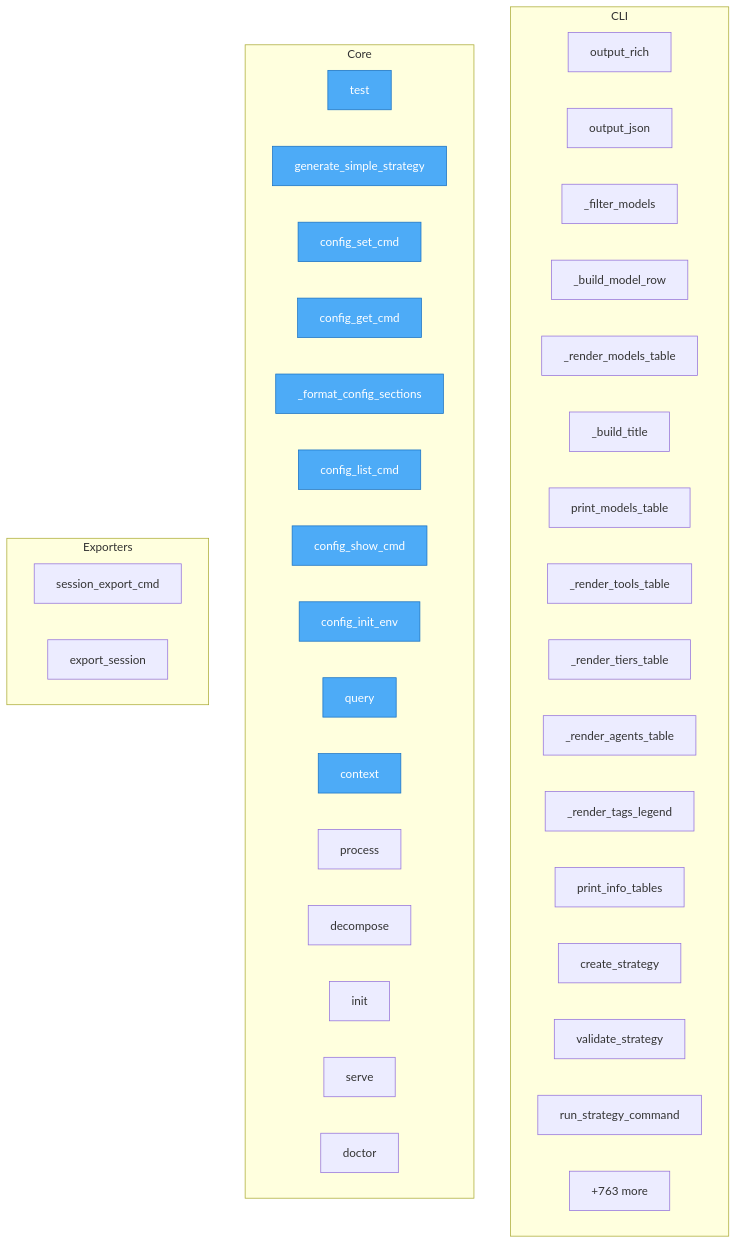
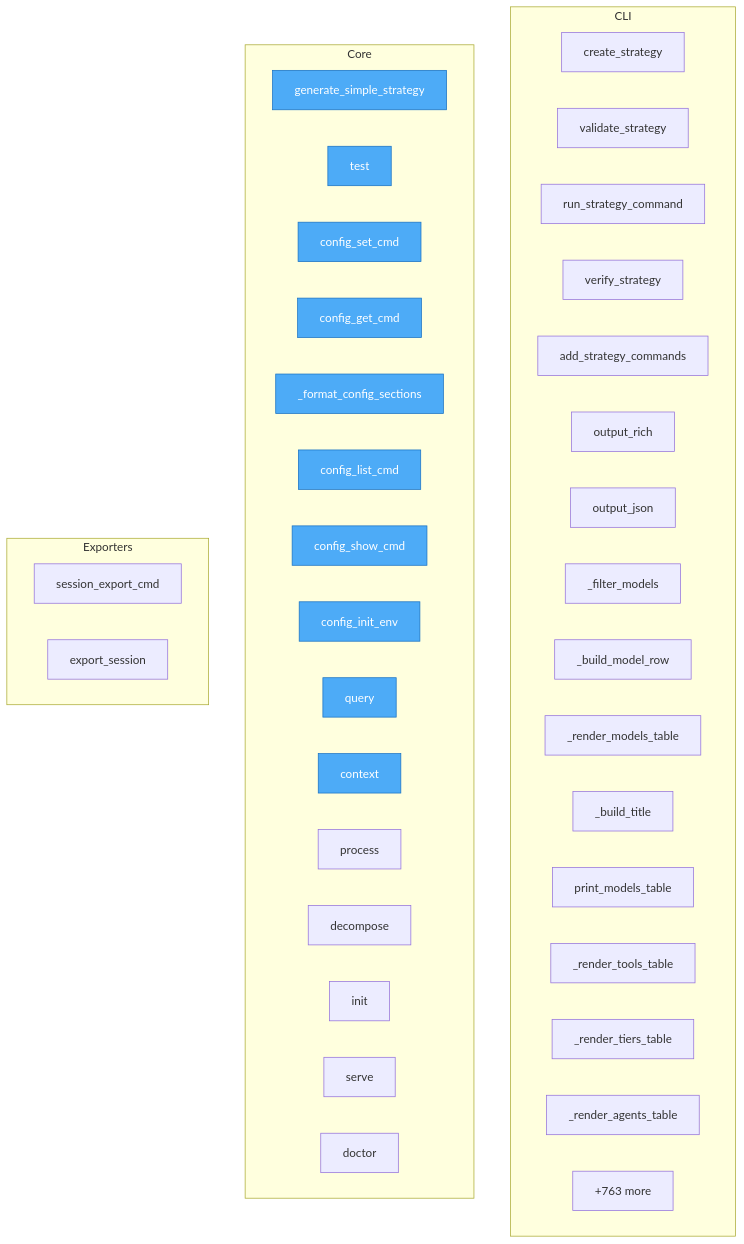
Before and after one commit to semcod/llx: the diagram in project/flow.mmd, drawn with Mermaid. The commit also changed 44 other files, not shown here.

```diff
--- a/project/flow.mmd
+++ b/project/flow.mmd
@@ -1,49 +1,49 @@
 flowchart TD
 
     %% Entry points (blue)
     classDef entry fill:#4dabf7,stroke:#1971c2,color:#fff
 
     subgraph CLI
+        llx__cli__strategy_commands__create_strategy["create_strategy"]
+        llx__cli__strategy_commands__validate_strategy["validate_strategy"]
+        llx__cli__strategy_commands__run_strategy_command["run_strategy_command"]
+        llx__cli__strategy_commands__verify_strategy["verify_strategy"]
+        llx__cli__strategy_commands__add_strategy_commands["add_strategy_commands"]
         llx__cli__formatters__output_rich["output_rich"]
         llx__cli__formatters__output_json["output_json"]
         llx__cli__formatters___filter_models["_filter_models"]
         llx__cli__formatters___build_model_row["_build_model_row"]
         llx__cli__formatters___render_models_table["_render_models_table"]
         llx__cli__formatters___build_title["_build_title"]
         llx__cli__formatters__print_models_table["print_models_table"]
         llx__cli__formatters___render_tools_table["_render_tools_table"]
         llx__cli__formatters___render_tiers_table["_render_tiers_table"]
         llx__cli__formatters___render_agents_table["_render_agents_table"]
-        llx__cli__formatters___render_tags_legend["_render_tags_legend"]
-        llx__cli__formatters__print_info_tables["print_info_tables"]
-        llx__cli__strategy_commands__create_strategy["create_strategy"]
-        llx__cli__strategy_commands__validate_strategy["validate_strategy"]
-        llx__cli__strategy_commands__run_strategy_command["run_strategy_command"]
         ...["+30 more"]
     end
 
     subgraph Core
+        simple_generate__generate_simple_strategy["generate_simple_strategy"]
         trace__test["test"]
-        simple_generate__generate_simple_strategy["generate_simple_strategy"]
         llx__prellm__cli_config__config_set_cmd["config_set_cmd"]
         llx__prellm__cli_config__config_get_cmd["config_get_cmd"]
         llx__prellm__cli_config___format_config_sections["_format_config_sections"]
         llx__prellm__cli_config__config_list_cmd["config_list_cmd"]
         llx__prellm__cli_config__config_show_cmd["config_show_cmd"]
         llx__prellm__cli_config__config_init_env["config_init_env"]
         llx__prellm__cli__query["query"]
         llx__prellm__cli__context["context"]
         llx__prellm__cli__process["process"]
         llx__prellm__cli__decompose["decompose"]
         llx__prellm__cli__init["init"]
         llx__prellm__cli__serve["serve"]
         llx__prellm__cli__doctor["doctor"]
         ...["+763 more"]
     end
 
     subgraph Exporters
         llx__prellm__cli__session_export_cmd["session_export_cmd"]
         llx__prellm__context__user_memory__UserMemory__export_session["export_session"]
     end
 
-    class trace__test,simple_generate__generate_simple_strategy,llx__prellm__cli_config__config_set_cmd,llx__prellm__cli_config__config_get_cmd,llx__prellm__cli_config___format_config_sections,llx__prellm__cli_config__config_list_cmd,llx__prellm__cli_config__config_show_cmd,llx__prellm__cli_config__config_init_env,llx__prellm__cli__query,llx__prellm__cli__context entry
+    class simple_generate__generate_simple_strategy,trace__test,llx__prellm__cli_config__config_set_cmd,llx__prellm__cli_config__config_get_cmd,llx__prellm__cli_config___format_config_sections,llx__prellm__cli_config__config_list_cmd,llx__prellm__cli_config__config_show_cmd,llx__prellm__cli_config__config_init_env,llx__prellm__cli__query,llx__prellm__cli__context entry
```
